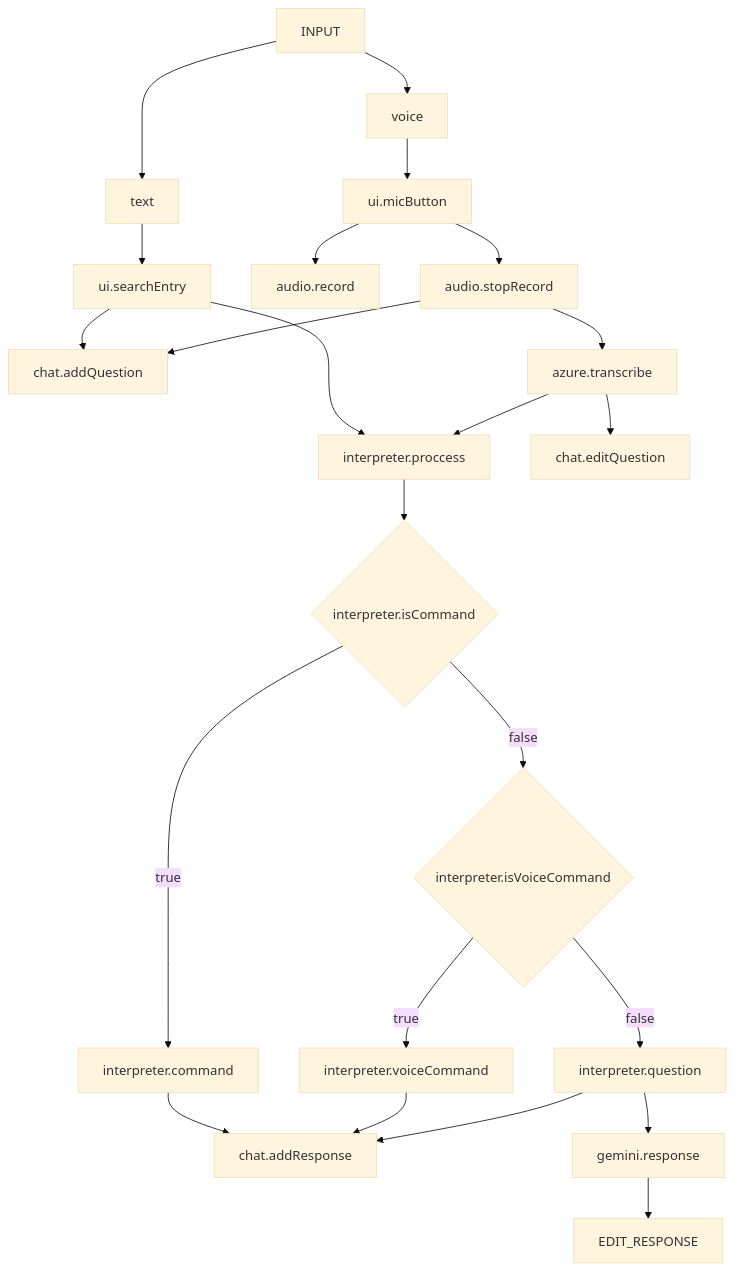
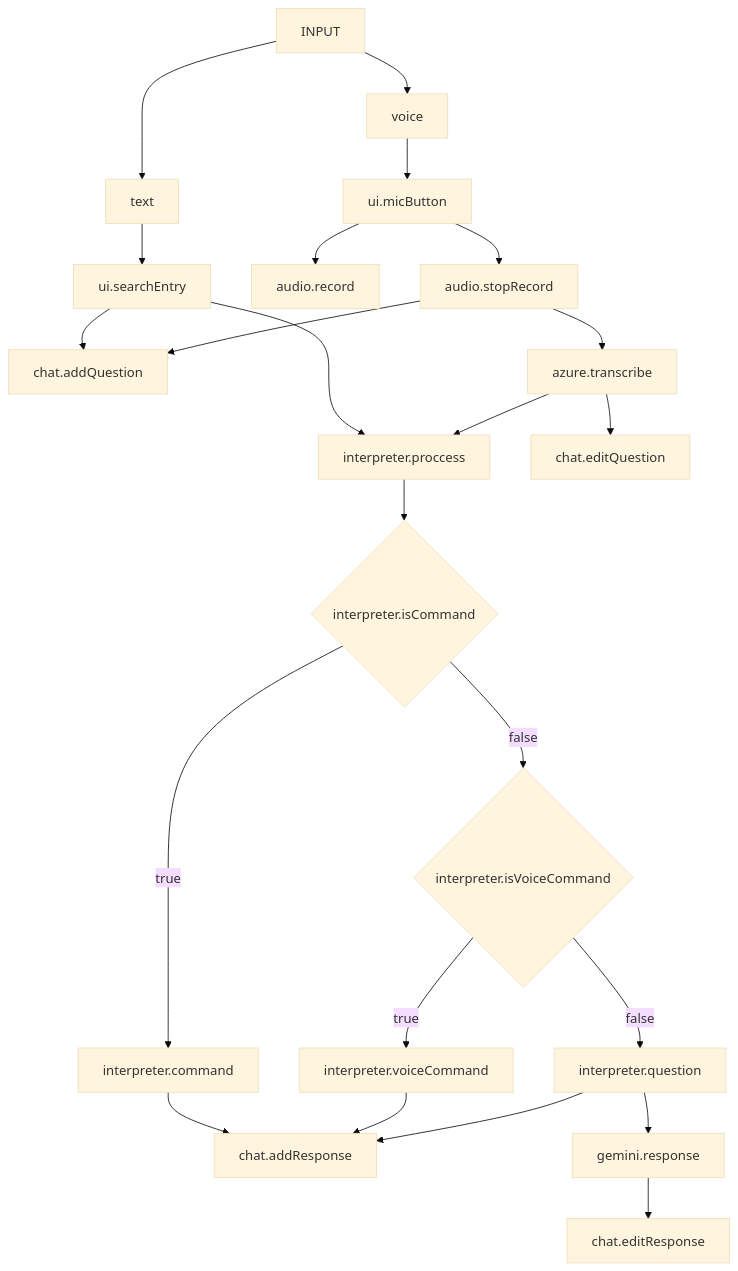
The diagram in Flowchart.md (hermannhahn/aiva), drawn with Mermaid (base theme) before and after one commit. The commit also changed 1 other file, not shown here.

````diff
--- a/Flowchart.md
+++ b/Flowchart.md
@@ -1,30 +1,30 @@
 ```mermaid
 graph TD
     %% INPUT
     INPUT[INPUT] --> INPUT_TEXT
     INPUT --> INPUT_VOICE
 
     %% TEXT
     INPUT_TEXT[text] --> SEARCH_ENTRY[ui.searchEntry]
     SEARCH_ENTRY --> ADD_QUESTION[chat.addQuestion]
     SEARCH_ENTRY --> PROCCESS[interpreter.proccess]
 
     %% VOICE
     INPUT_VOICE[voice] --> MIC_BUTTON[ui.micButton]
     MIC_BUTTON --> RECORD[audio.record]
     MIC_BUTTON --> STOP_RECORD[audio.stopRecord]
 
     %% Audio
     STOP_RECORD --> ADD_QUESTION
     STOP_RECORD --> TRANSCRIBE[azure.transcribe]
     TRANSCRIBE --> EDIT_QUESTION[chat.editQuestion]
     TRANSCRIBE --> PROCCESS
 
     %% Interpreter
     PROCCESS --> IS_COMMAND{interpreter.isCommand}
     IS_COMMAND -- true --> COMMAND[interpreter.command] --> ADD_RESPONSE[chat.addResponse]
     IS_COMMAND -- false --> IS_VOICE_COMMAND{interpreter.isVoiceCommand}
     IS_VOICE_COMMAND -- true --> VOICE_COMMAND[interpreter.voiceCommand] --> ADD_RESPONSE
     IS_VOICE_COMMAND -- false --> QUESTION[interpreter.question] --> ADD_RESPONSE
-    QUESTION --> RESPONSE[gemini.response] --> EDIT_RESPONSE
+    QUESTION --> RESPONSE[gemini.response] --> EDIT_RESPONSE[chat.editResponse]
 ```
````
